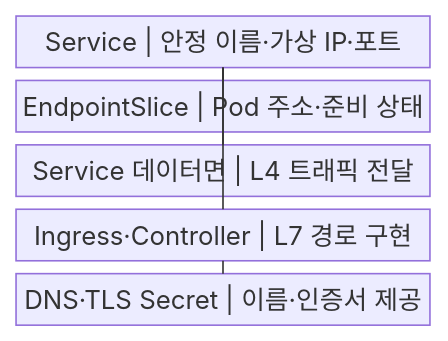
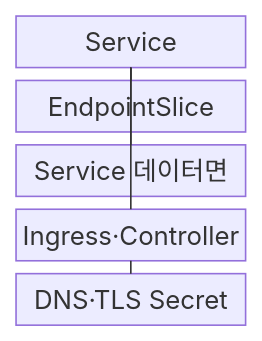
Before and after one commit to agnusdei1207/knowledge-base: the first of 2 diagrams in src/content/docs/notes/03-software/155_kubernetes_service_ingress.md, drawn with Mermaid. The commit also changed other lines of this file and 238 other files, not shown here.

````diff
--- a/src/content/docs/notes/03-software/155_kubernetes_service_ingress.md
+++ b/src/content/docs/notes/03-software/155_kubernetes_service_ingress.md
@@ -59,13 +59,13 @@
 ```mermaid
-block
+block-beta
     columns 1
-    A["Service | 안정 이름·가상 IP·포트"]
-    B["EndpointSlice | Pod 주소·준비 상태"]
-    C["Service 데이터면 | L4 트래픽 전달"]
-    D["Ingress·Controller | L7 경로 구현"]
-    E["DNS·TLS Secret | 이름·인증서 제공"]
+    A["Service"]
+    B["EndpointSlice"]
+    C["Service 데이터면"]
+    D["Ingress·Controller"]
+    E["DNS·TLS Secret"]
     E --- D
     D --- A
     A --- B
     A --- C
 ```
````
